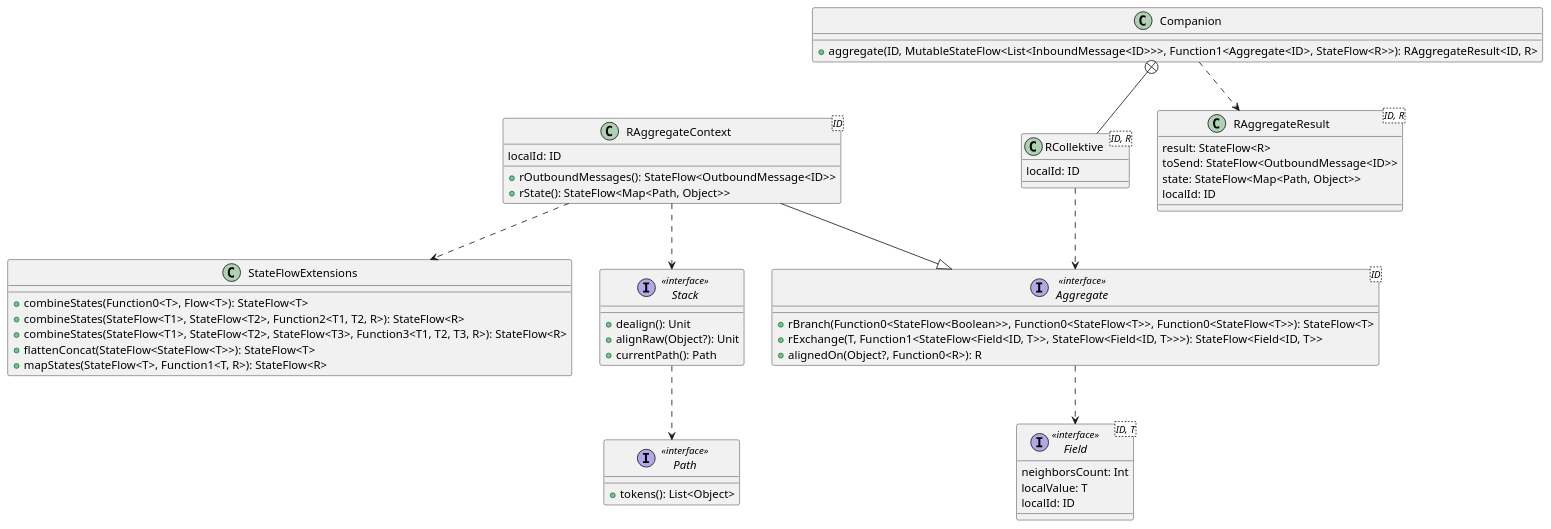
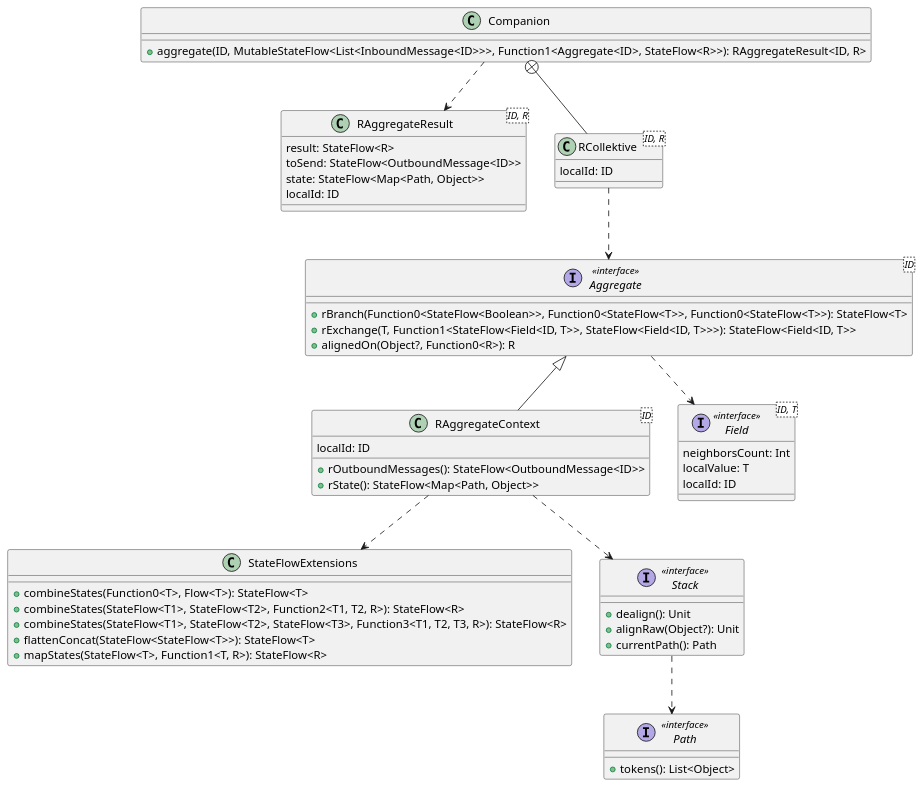
The diagram in diagrams/collektive-prm-design.puml (FilippoVissani/master-thesis), drawn with PlantUML before and after one commit. The commit also changed 4 other files, not shown here.

Commit message:
refactor: improve diagrams aspect ratio

```diff
--- a/diagrams/collektive-prm-design.puml
+++ b/diagrams/collektive-prm-design.puml
@@ -1,63 +1,63 @@
 @startuml
 
 class StateFlowExtensions {
   + combineStates(Function0<T>, Flow<T>): StateFlow<T>
   + combineStates(StateFlow<T1>, StateFlow<T2>, Function2<T1, T2, R>): StateFlow<R>
   + combineStates(StateFlow<T1>, StateFlow<T2>, StateFlow<T3>, Function3<T1, T2, T3, R>): StateFlow<R>
   + flattenConcat(StateFlow<StateFlow<T>>): StateFlow<T>
   + mapStates(StateFlow<T>, Function1<T, R>): StateFlow<R>
 }
 
 interface Aggregate<ID> << interface >> {
   + rBranch(Function0<StateFlow<Boolean>>, Function0<StateFlow<T>>, Function0<StateFlow<T>>): StateFlow<T>
   + rExchange(T, Function1<StateFlow<Field<ID, T>>, StateFlow<Field<ID, T>>>): StateFlow<Field<ID, T>>
   + alignedOn(Object?, Function0<R>): R
 }
 
 class RAggregateContext<ID> {
     + rOutboundMessages(): StateFlow<OutboundMessage<ID>>
     + rState(): StateFlow<Map<Path, Object>>
     localId: ID
 }
 
 class RAggregateResult<ID, R> {
    result: StateFlow<R>
    toSend: StateFlow<OutboundMessage<ID>>
    state: StateFlow<Map<Path, Object>>
    localId: ID
 }
 
 class RCollektive<ID, R> {
    localId: ID
 }
 
 class Companion {
   + aggregate(ID, MutableStateFlow<List<InboundMessage<ID>>>, Function1<Aggregate<ID>, StateFlow<R>>): RAggregateResult<ID, R>
 }
 
 interface Stack << interface >> {
   + dealign(): Unit
   + alignRaw(Object?): Unit
   + currentPath(): Path
 }
 
 interface Path << interface >> {
   + tokens(): List<Object>
 }
 
 interface Field<ID, T> << interface >> {
    neighborsCount: Int
    localValue: T
    localId: ID
 }
 
 Companion +-- RCollektive
-RAggregateContext --|> Aggregate
+RAggregateContext -up-|> Aggregate
 Stack ..> Path
 RAggregateContext ..> Stack
 RAggregateContext ..> StateFlowExtensions
 Aggregate ..> Field
 RCollektive ..> Aggregate
 Companion ..> RAggregateResult
 
 @enduml
```
